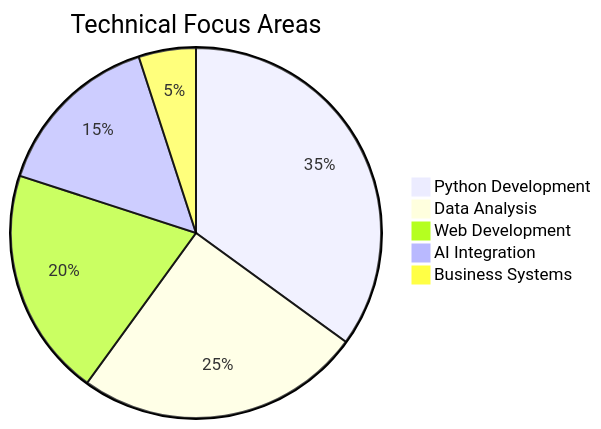
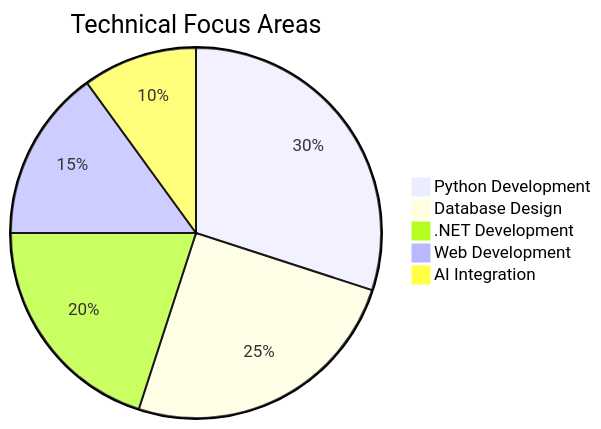
Before and after one commit to AhmedTyson/AhmedTyson: the diagram in README.md, drawn with Mermaid. The commit also changed other lines of this file, not shown here.

````diff
--- a/README.md
+++ b/README.md
@@ -102,9 +109,9 @@
 ```mermaid
 pie
     title Technical Focus Areas
-    "Python Development" : 35
-    "Data Analysis" : 25
-    "Web Development" : 20
-    "AI Integration" : 15
-    "Business Systems" : 5
+    "Python Development" : 30
+    "Database Design" : 25
+    ".NET Development" : 20
+    "Web Development" : 15
+    "AI Integration" : 10
 ```
````
